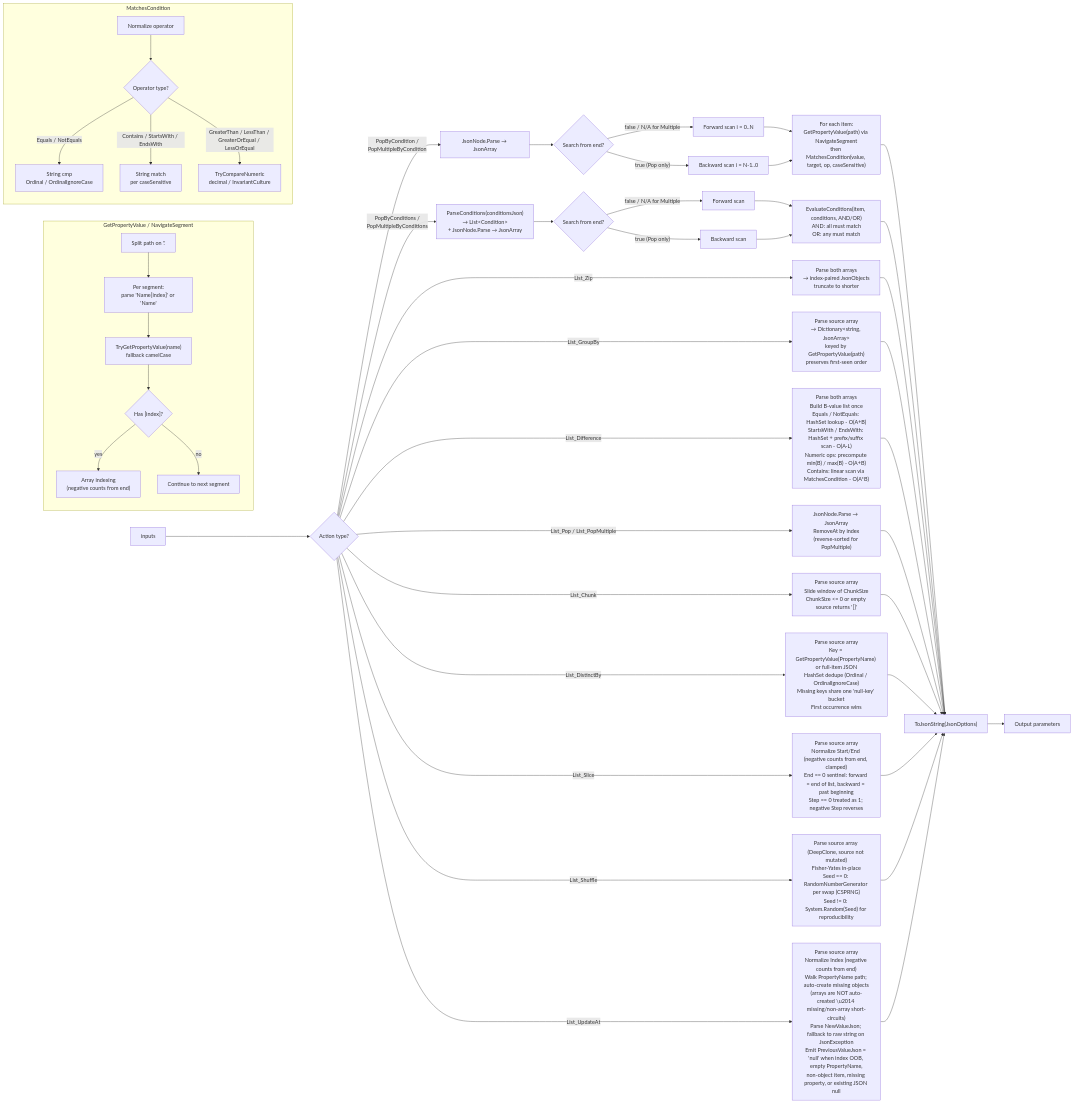
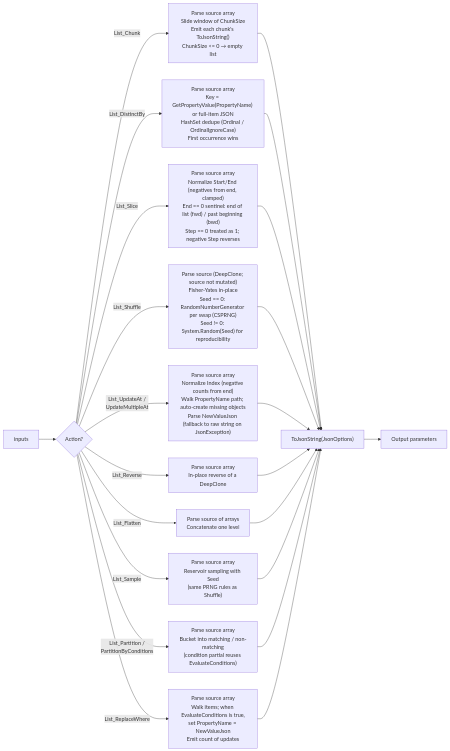
The fourth of 7 diagrams in ARCHITECTURE.md (alex-cres/OSListUtilsServerSide), drawn with Mermaid before and after one commit. The commit also changed other lines of this file and 47 other files, not shown here.

First line of the commit message:
feat(v0.5.0): add 14 actions + refactor multi-condition API to typed List<Condition>

````diff
--- a/ARCHITECTURE.md
+++ b/ARCHITECTURE.md
@@ -67,67 +130,25 @@
 ```mermaid
 flowchart LR
-    In[inputs] --> Type{Action type?}
-
-    Type -->|List_Pop / List_PopMultiple| IndexOp["JsonNode.Parse → JsonArray<br/>RemoveAt by index<br/>(reverse-sorted for PopMultiple)"]
-
-    Type -->|PopByCondition /<br/>PopMultipleByCondition| ParseSingle[JsonNode.Parse → JsonArray]
-    ParseSingle --> SingleScan{Search from end?}
-    SingleScan -->|"false / N/A for Multiple"| ScanFwd[Forward scan i = 0..N]
-    SingleScan -->|"true (Pop only)"| ScanBwd[Backward scan i = N-1..0]
-    ScanFwd --> Eval1["For each item:<br/>GetPropertyValue(path) via NavigateSegment<br/>then MatchesCondition(value, target, op, caseSensitive)"]
-    ScanBwd --> Eval1
-
-    Type -->|PopByConditions /<br/>PopMultipleByConditions| ParseMulti["ParseConditions(conditionsJson)<br/>→ List&lt;Condition&gt;<br/>+ JsonNode.Parse → JsonArray"]
-    ParseMulti --> MultiScan{Search from end?}
-    MultiScan -->|"false / N/A for Multiple"| ScanFwdM[Forward scan]
-    MultiScan -->|"true (Pop only)"| ScanBwdM[Backward scan]
-    ScanFwdM --> Eval2["EvaluateConditions(item, conditions, AND/OR)<br/>AND: all must match<br/>OR: any must match"]
-    ScanBwdM --> Eval2
-
-    Type -->|List_Zip| Zip[Parse both arrays<br/>→ index-paired JsonObjects<br/>truncate to shorter]
-
-    Type -->|List_GroupBy| GroupBy["Parse source array<br/>→ Dictionary&lt;string, JsonArray&gt;<br/>keyed by GetPropertyValue(path)<br/>preserves first-seen order"]
-
-    Type -->|List_Difference| Diff["Parse both arrays<br/>Build B-value list once<br/>Equals / NotEquals: HashSet lookup - O(A+B)<br/>StartsWith / EndsWith: HashSet + prefix/suffix scan - O(A·L)<br/>Numeric ops: precompute min(B) / max(B) - O(A+B)<br/>Contains: linear scan via MatchesCondition - O(A*B)"]
-
-    Type -->|List_Chunk| Chunk["Parse source array<br/>Slide window of ChunkSize<br/>ChunkSize &lt;= 0 or empty source returns '[]'"]
-
-    Type -->|List_DistinctBy| Distinct["Parse source array<br/>Key = GetPropertyValue(PropertyName) or full-item JSON<br/>HashSet dedupe (Ordinal / OrdinalIgnoreCase)<br/>Missing keys share one 'null-key' bucket<br/>First occurrence wins"]
-
-    Type -->|List_Slice| Slice["Parse source array<br/>Normalize Start/End (negative counts from end, clamped)<br/>End == 0 sentinel: forward = end of list, backward = past beginning<br/>Step == 0 treated as 1; negative Step reverses"]
-
-    Type -->|List_Shuffle| Shuffle["Parse source array (DeepClone, source not mutated)<br/>Fisher-Yates in-place<br/>Seed == 0: RandomNumberGenerator per swap (CSPRNG)<br/>Seed != 0: System.Random(Seed) for reproducibility"]
-
-    Type -->|List_UpdateAt| UpdateAt["Parse source array<br/>Normalize Index (negative counts from end)<br/>Walk PropertyName path; auto-create missing objects<br/>(arrays are NOT auto-created \u2014 missing/non-array short-circuits)<br/>Parse NewValueJson; fallback to raw string on JsonException<br/>Emit PreviousValueJson = 'null' when index OOB, empty PropertyName,<br/>non-object item, missing property, or existing JSON null"]
-
-    Eval1 --> Serialize["ToJsonString(JsonOptions)"]
-    Eval2 --> Serialize
-    Zip --> Serialize
-    GroupBy --> Serialize
-    Diff --> Serialize
-    IndexOp --> Serialize
-    Chunk --> Serialize
+    In[inputs] --> Type{Action?}
+    Type -->|List_Chunk| Chunk["Parse source array<br/>Slide window of ChunkSize<br/>Emit each chunk's ToJsonString()<br/>ChunkSize &lt;= 0 → empty list"]
+    Type -->|List_DistinctBy| Distinct["Parse source array<br/>Key = GetPropertyValue(PropertyName) or full-item JSON<br/>HashSet dedupe (Ordinal / OrdinalIgnoreCase)<br/>First occurrence wins"]
+    Type -->|List_Slice| Slice["Parse source array<br/>Normalize Start/End (negatives from end, clamped)<br/>End == 0 sentinel: end of list (fwd) / past beginning (bwd)<br/>Step == 0 treated as 1; negative Step reverses"]
+    Type -->|List_Shuffle| Shuffle["Parse source (DeepClone; source not mutated)<br/>Fisher-Yates in-place<br/>Seed == 0: RandomNumberGenerator per swap (CSPRNG)<br/>Seed != 0: System.Random(Seed) for reproducibility"]
+    Type -->|List_UpdateAt /<br/>UpdateMultipleAt| Update["Parse source array<br/>Normalize Index (negative counts from end)<br/>Walk PropertyName path; auto-create missing objects<br/>Parse NewValueJson (fallback to raw string on JsonException)"]
+    Type -->|List_Reverse| Reverse["Parse source array<br/>In-place reverse of a DeepClone"]
+    Type -->|List_Flatten| Flatten["Parse source of arrays<br/>Concatenate one level"]
+    Type -->|List_Sample| Sample["Parse source array<br/>Reservoir sampling with Seed<br/>(same PRNG rules as Shuffle)"]
+    Type -->|List_Partition /<br/>PartitionByConditions| Partition["Parse source array<br/>Bucket into matching / non-matching<br/>(condition partial reuses EvaluateConditions)"]
+    Type -->|List_ReplaceWhere| Replace["Parse source array<br/>Walk items; when EvaluateConditions is true,<br/>set PropertyName = NewValueJson<br/>Emit count of updates"]
+    Chunk --> Serialize["ToJsonString(JsonOptions)"]
     Distinct --> Serialize
     Slice --> Serialize
     Shuffle --> Serialize
-    UpdateAt --> Serialize
-
+    Update --> Serialize
+    Reverse --> Serialize
+    Flatten --> Serialize
+    Sample --> Serialize
+    Partition --> Serialize
+    Replace --> Serialize
     Serialize --> Out[Output parameters]
-
-    subgraph PathNav[GetPropertyValue / NavigateSegment]
-        direction TB
-        Path["Split path on '.'"] --> Seg["Per segment:<br/>parse 'Name[index]' or 'Name'"]
-        Seg --> Prop["TryGetPropertyValue(name)<br/>fallback camelCase"]
-        Prop --> Idx{"Has [index]?"}
-        Idx -->|yes| Arr["Array indexing<br/>(negative counts from end)"]
-        Idx -->|no| Next[Continue to next segment]
-    end
-
-    subgraph OpMatch[MatchesCondition]
-        direction TB
-        Op[Normalize operator] --> Cmp{Operator type?}
-        Cmp -->|Equals / NotEquals| StrEq[String cmp<br/>Ordinal / OrdinalIgnoreCase]
-        Cmp -->|Contains / StartsWith / EndsWith| StrPat[String match<br/>per caseSensitive]
-        Cmp -->|GreaterThan / LessThan / GreaterOrEqual / LessOrEqual| Num[TryCompareNumeric<br/>decimal / InvariantCulture]
-    end
 ```
````
